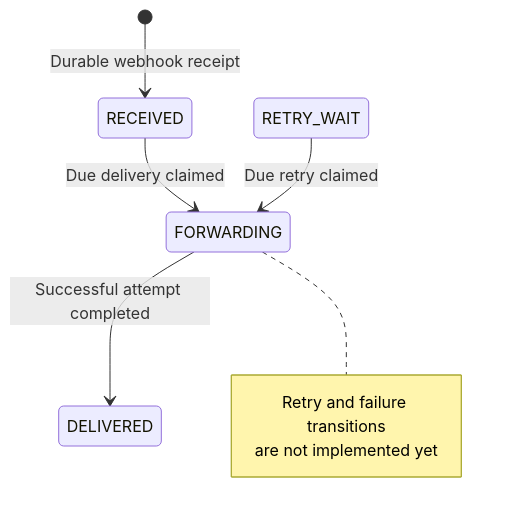
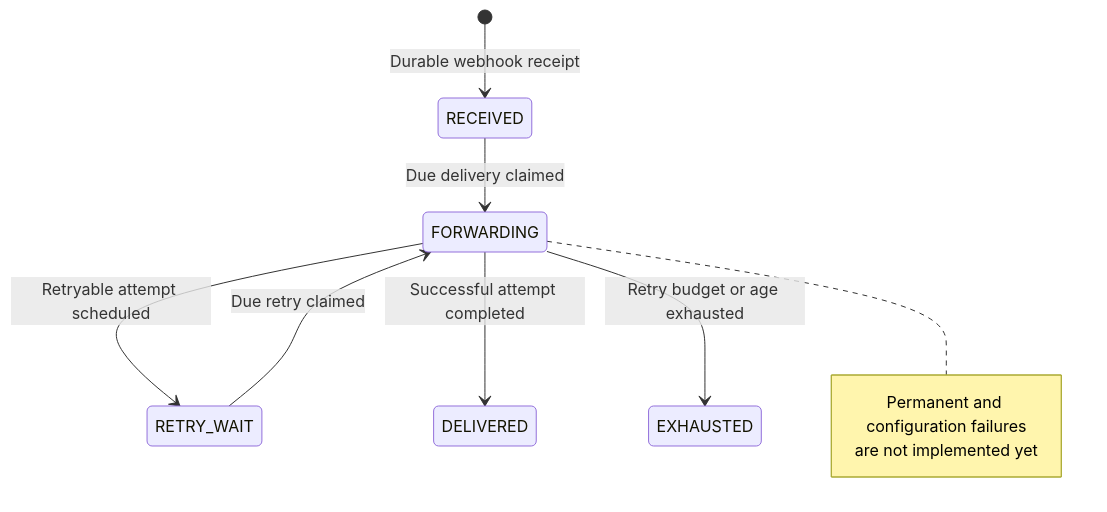
The first of 2 diagrams in docs/gateway-delivery-lifecycle.md (PietroRussoD/commerce-integration-hub), drawn with Mermaid before and after one commit. The commit also changed other lines of this file and 12 other files, not shown here.

````diff
--- a/docs/gateway-delivery-lifecycle.md
+++ b/docs/gateway-delivery-lifecycle.md
@@ -10,12 +10,14 @@
 ```mermaid
 stateDiagram-v2
     [*] --> RECEIVED: Durable webhook receipt
     RECEIVED --> FORWARDING: Due delivery claimed
     RETRY_WAIT --> FORWARDING: Due retry claimed
     FORWARDING --> DELIVERED: Successful attempt completed
+    FORWARDING --> RETRY_WAIT: Retryable attempt scheduled
+    FORWARDING --> EXHAUSTED: Retry budget or age exhausted
 
     note right of FORWARDING
-        Retry and failure transitions
+        Permanent and configuration failures
         are not implemented yet
     end note
 ```
````
